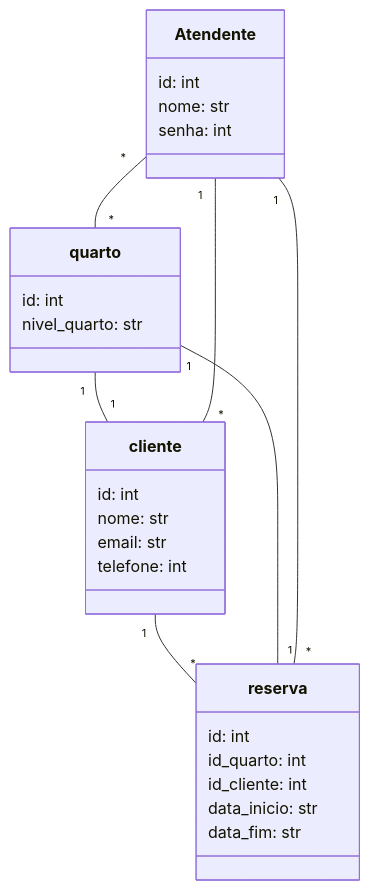
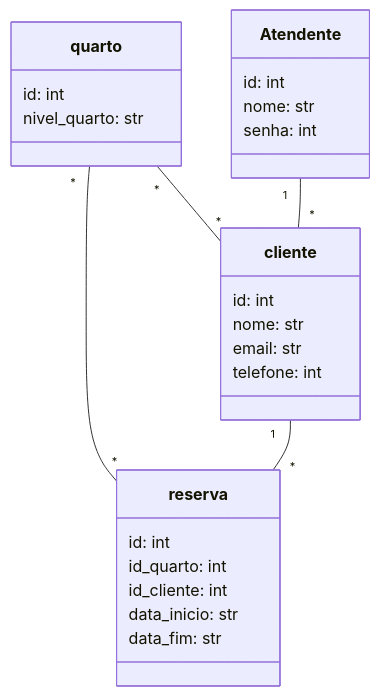
One commit to tatielynobre/Hotel-pt2 changed the diagram in README.md. Above: the diagram before and after it, drawn with Mermaid. The commit also changed 11 other files, not shown here.

````diff
--- a/README.md
+++ b/README.md
@@ -1,32 +1,30 @@
 ```mermaid
 classDiagram
     class reserva{
     id: int
     id_quarto: int
     id_cliente: int
     data_inicio: str
     data_fim: str
 }
 class quarto{
     id: int
     nivel_quarto: str    
 }
 class cliente{
     id: int
     nome: str
     email: str
     telefone: int
 }
 class Atendente{
     id: int
     nome: str
     senha: int
 }
 cliente "1"--"*"reserva
-quarto "1"--"1" reserva
-quarto "1"--"1" cliente
+quarto "*"--"*" reserva
+quarto "*"--"*" cliente
 Atendente "1"--"*" cliente
-Atendente "1"--"*" reserva
-Atendente "*"--"*" quarto
 
 ```
````
